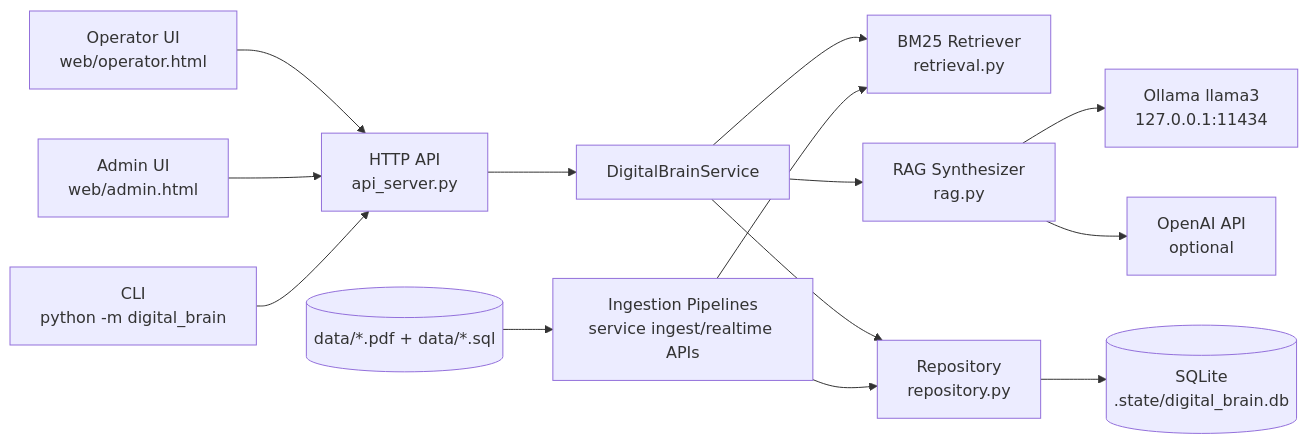
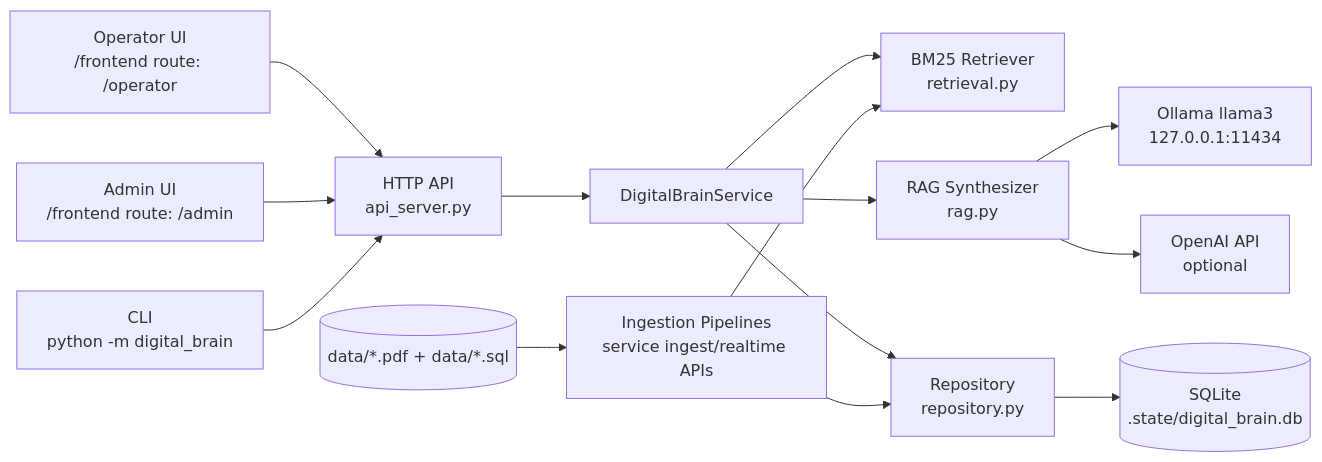
One commit to tanishy7777/iitb_rag changed the first of 5 diagrams in docs/SYSTEM_IMPLEMENTATION_DETAILED.md. Above: the diagram before and after it, drawn with Mermaid. The commit also changed other lines of this file and 30 other files, not shown here.

First line of the commit message:
feat(ui): complete legacy-to-react frontend port and make route-first docs canonical

````diff
--- a/docs/SYSTEM_IMPLEMENTATION_DETAILED.md
+++ b/docs/SYSTEM_IMPLEMENTATION_DETAILED.md
@@ -90,22 +90,22 @@
 ```mermaid
 flowchart LR
-    U[Operator UI\nweb/operator.html] --> API[HTTP API\napi_server.py]
-    A[Admin UI\nweb/admin.html] --> API
+    U[Operator UI\n/frontend route: /operator] --> API[HTTP API\napi_server.py]
+    A[Admin UI\n/frontend route: /admin] --> API
     CLI[CLI\npython -m digital_brain] --> API
 
     API --> SVC[DigitalBrainService]
 
     SVC --> RET[BM25 Retriever\nretrieval.py]
     SVC --> RAG[RAG Synthesizer\nrag.py]
     SVC --> REPO[Repository\nrepository.py]
 
     RAG --> OLLAMA[Ollama llama3\n127.0.0.1:11434]
     RAG --> OPENAI[OpenAI API\noptional]
 
     REPO --> DB[(SQLite\n.state/digital_brain.db)]
 
     ING[Ingestion Pipelines\nservice ingest/realtime APIs] --> REPO
     ING --> RET
 
     DATA[(data/*.pdf + data/*.sql)] --> ING
 ```
````
